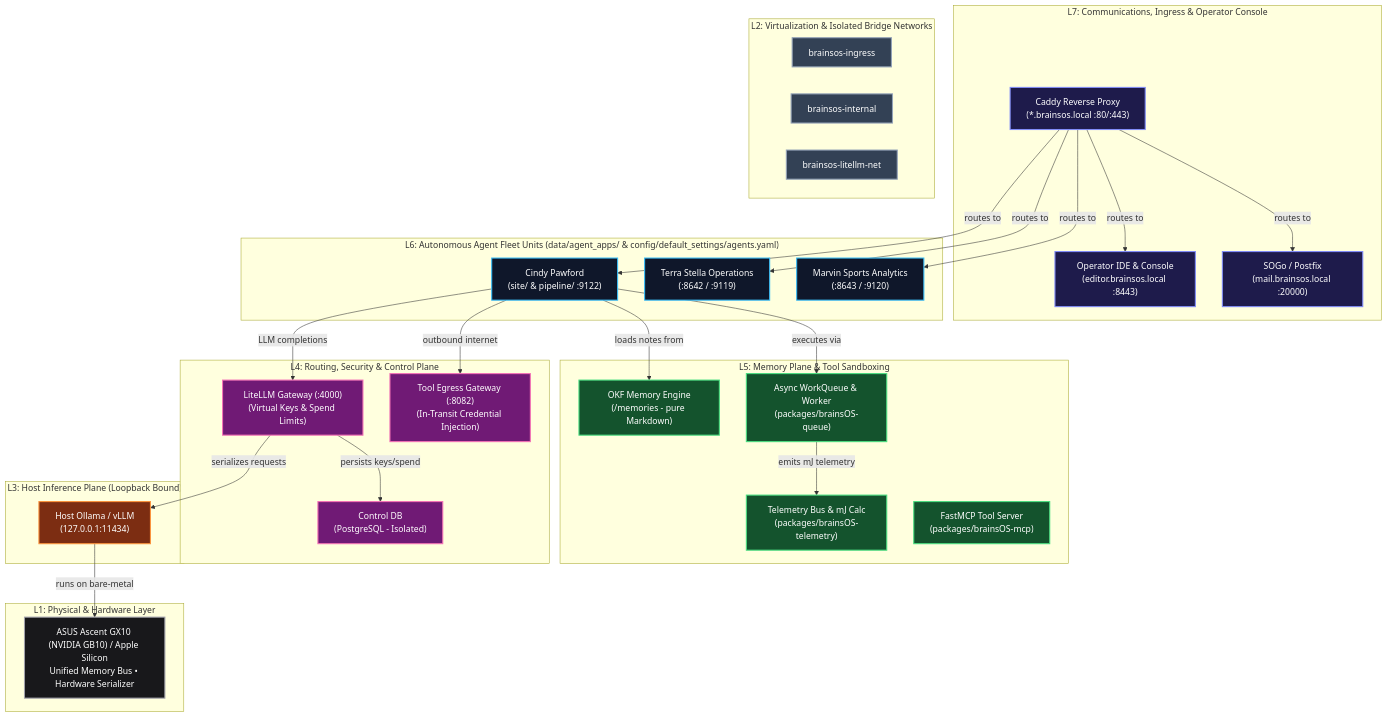
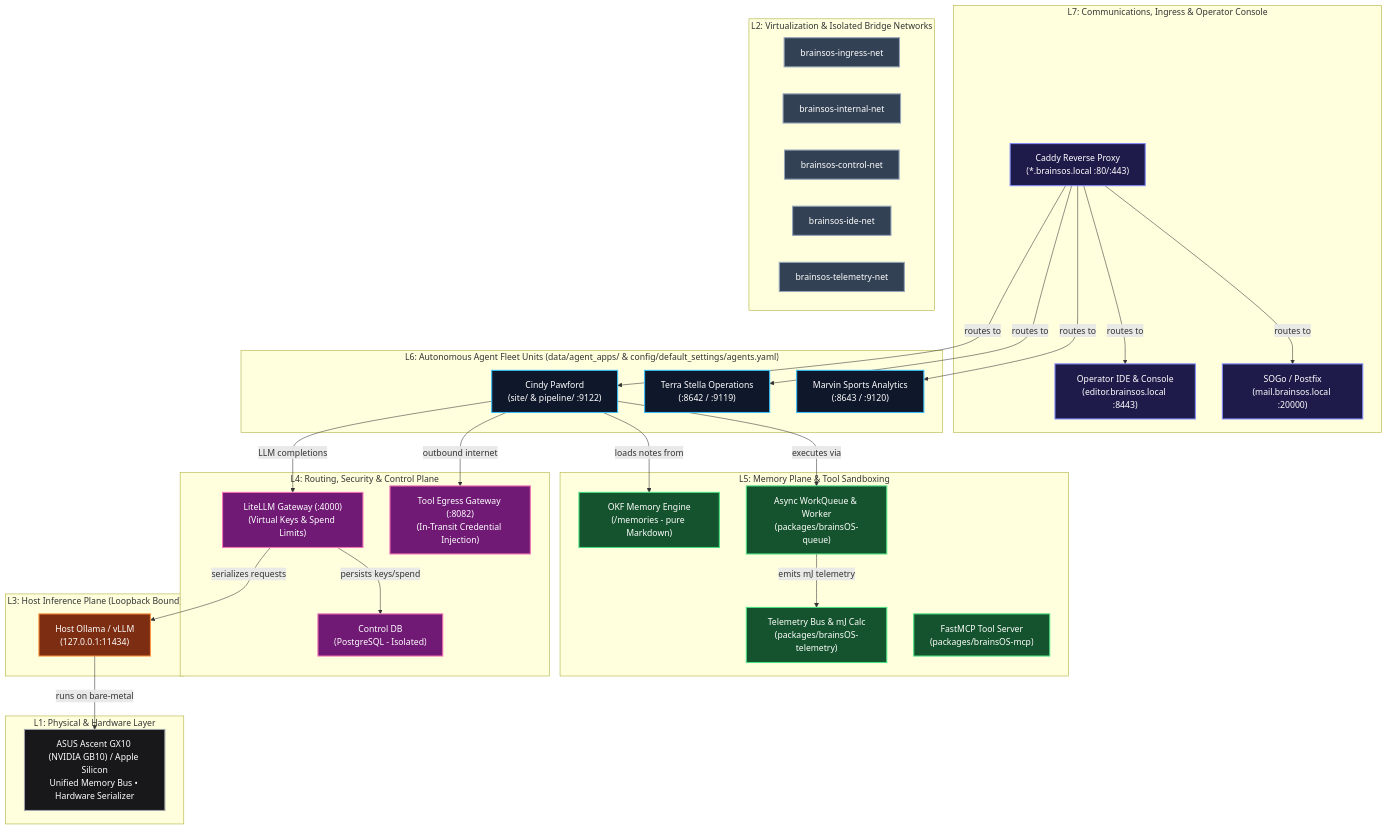
The diagram in README.md (patternsatscale/brainsOS.ai), drawn with Mermaid before and after one commit. The commit also changed other lines of this file and 30 other files, not shown here.

````diff
--- a/README.md
+++ b/README.md
@@ -91,65 +91,67 @@
 ```mermaid
 graph TD
     classDef l7 fill:#1e1b4b,stroke:#818cf8,stroke-width:2px,color:#fff;
     classDef l6 fill:#0f172a,stroke:#38bdf8,stroke-width:2px,color:#fff;
     classDef l5 fill:#14532d,stroke:#4ade80,stroke-width:2px,color:#fff;
     classDef l4 fill:#701a75,stroke:#f472b6,stroke-width:2px,color:#fff;
     classDef l3 fill:#7c2d12,stroke:#fb923c,stroke-width:2px,color:#fff;
     classDef l2 fill:#334155,stroke:#94a3b8,stroke-width:2px,color:#fff;
     classDef l1 fill:#18181b,stroke:#a1a1aa,stroke-width:2px,color:#fff;
 
     subgraph "L7: Communications, Ingress & Operator Console"
         CADDY["Caddy Reverse Proxy<br/>(*.brainsos.local :80/:443)"]:::l7
         EDITOR["Operator IDE & Console<br/>(editor.brainsos.local :8443)"]:::l7
         SOGO["SOGo / Postfix<br/>(mail.brainsos.local :20000)"]:::l7
     end
 
     subgraph "L6: Autonomous Agent Fleet Units (data/agent_apps/ & config/default_settings/agents.yaml)"
         CINDY["Cindy Pawford<br/>(site/ & pipeline/ :9122)"]:::l6
         TERRA["Terra Stella Operations<br/>(:8642 / :9119)"]:::l6
         MARVIN["Marvin Sports Analytics<br/>(:8643 / :9120)"]:::l6
     end
 
     subgraph "L5: Memory Plane & Tool Sandboxing"
         MEM["OKF Memory Engine<br/>(/memories - pure Markdown)"]:::l5
         QUEUE["Async WorkQueue & Worker<br/>(packages/brainsOS-queue)"]:::l5
         TEL["Telemetry Bus & mJ Calc<br/>(packages/brainsOS-telemetry)"]:::l5
         MCP["FastMCP Tool Server<br/>(packages/brainsOS-mcp)"]:::l5
     end
 
     subgraph "L4: Routing, Security & Control Plane"
         LITELLM["LiteLLM Gateway (:4000)<br/>(Virtual Keys & Spend Limits)"]:::l4
         MITM["Tool Egress Gateway (:8082)<br/>(In-Transit Credential Injection)"]:::l4
         DB["Control DB<br/>(PostgreSQL - Isolated)"]:::l4
     end
 
     subgraph "L3: Host Inference Plane (Loopback Bound)"
         OLLAMA["Host Ollama / vLLM<br/>(127.0.0.1:11434)"]:::l3
     end
 
     subgraph "L2: Virtualization & Isolated Bridge Networks"
-        NET_INGRESS["brainsos-ingress"]:::l2
-        NET_INTERNAL["brainsos-internal"]:::l2
-        NET_LITELLM["brainsos-litellm-net"]:::l2
+        NET_INGRESS["brainsos-ingress-net"]:::l2
+        NET_INTERNAL["brainsos-internal-net"]:::l2
+        NET_CONTROL["brainsos-control-net"]:::l2
+        NET_IDE["brainsos-ide-net"]:::l2
+        NET_TELEMETRY["brainsos-telemetry-net"]:::l2
     end
 
     subgraph "L1: Physical & Hardware Layer"
         HW["ASUS Ascent GX10 (NVIDIA GB10) / Apple Silicon<br/>Unified Memory Bus • Hardware Serializer"]:::l1
     end
 
     CADDY -->|routes to| CINDY
     CADDY -->|routes to| TERRA
     CADDY -->|routes to| MARVIN
     CADDY -->|routes to| EDITOR
     CADDY -->|routes to| SOGO
 
     CINDY -->|executes via| QUEUE
     QUEUE -->|emits mJ telemetry| TEL
     CINDY -->|loads notes from| MEM
     CINDY -->|LLM completions| LITELLM
     CINDY -->|outbound internet| MITM
 
     LITELLM -->|serializes requests| OLLAMA
     LITELLM -->|persists keys/spend| DB
     OLLAMA -->|runs on bare-metal| HW
 ```
````
